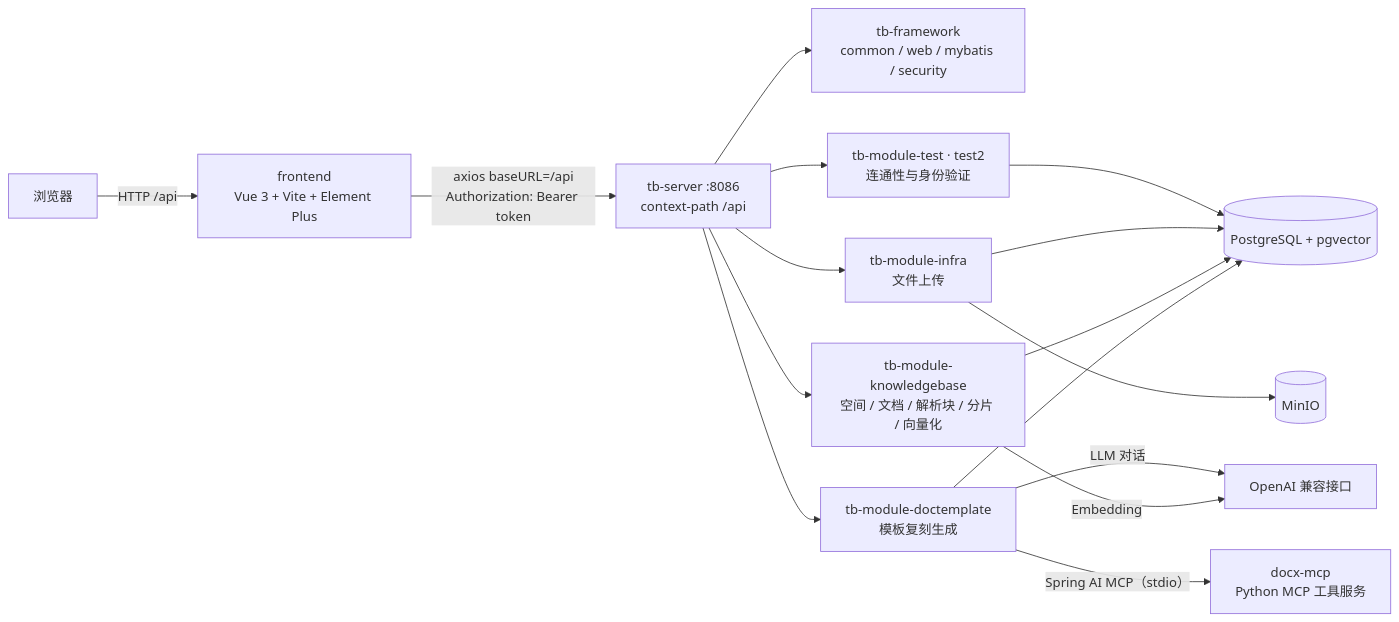
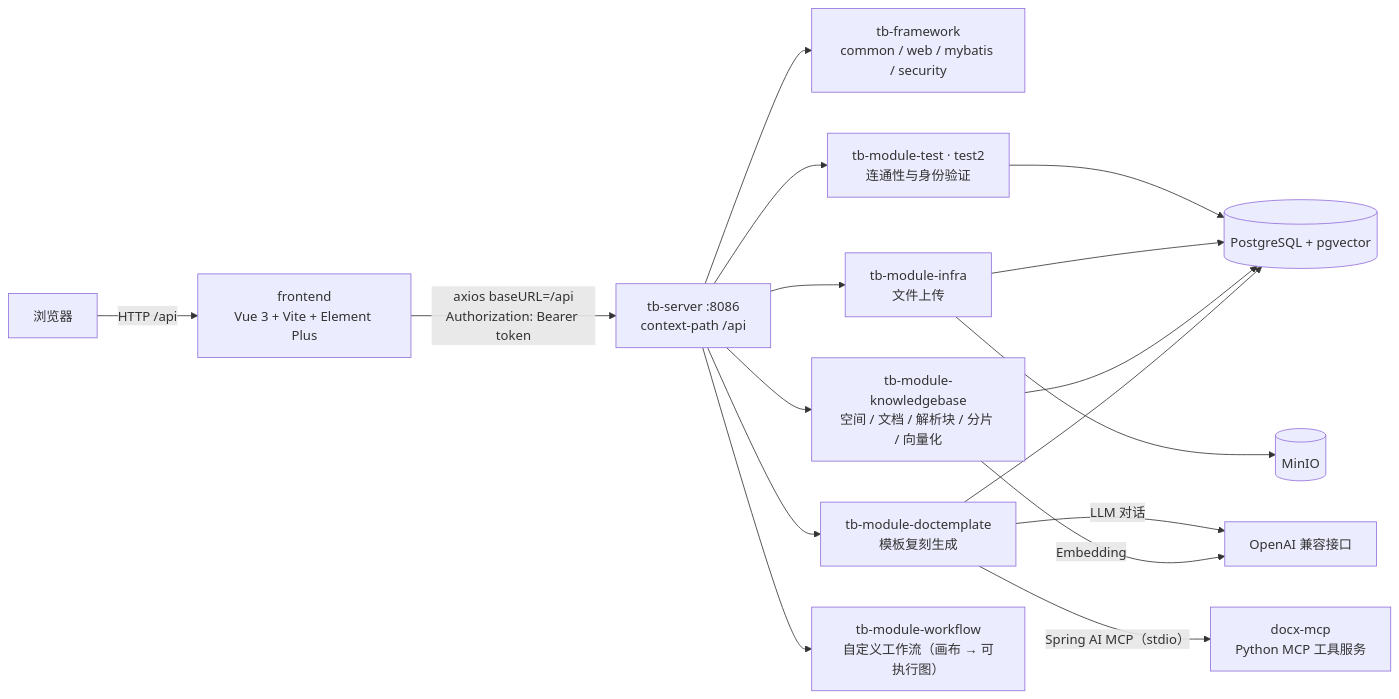
The diagram in docs/01-项目概述.md (xu-1230/TrueBuddy), drawn with Mermaid before and after one commit. The commit also changed other lines of this file and 133 other files, not shown here.

````diff
--- a/docs/01-项目概述.md
+++ b/docs/01-项目概述.md
@@ -103,18 +104,19 @@
 ```mermaid
 graph LR
   U[浏览器] -->|HTTP /api| F["frontend<br/>Vue 3 + Vite + Element Plus"]
   F -->|"axios baseURL=/api<br/>Authorization: Bearer token"| B["tb-server :8086<br/>context-path /api"]
   B --> FW["tb-framework<br/>common / web / mybatis / security"]
   B --> MT["tb-module-test · test2<br/>连通性与身份验证"]
   B --> MI["tb-module-infra<br/>文件上传"]
   B --> MK["tb-module-knowledgebase<br/>空间 / 文档 / 解析块 / 分片 / 向量化"]
   B --> MD["tb-module-doctemplate<br/>模板复刻生成"]
+  B --> MW["tb-module-workflow<br/>自定义工作流（画布 → 可执行图）"]
   MD -->|"Spring AI MCP（stdio）"| D["docx-mcp<br/>Python MCP 工具服务"]
   MD -->|"LLM 对话"| AI["OpenAI 兼容接口"]
   MK -->|"Embedding"| AI
   MI --> MO[("MinIO")]
   MT --> PG[("PostgreSQL + pgvector")]
   MI --> PG
   MK --> PG
   MD --> PG
 ```
````
